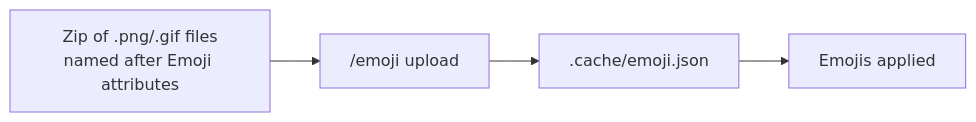
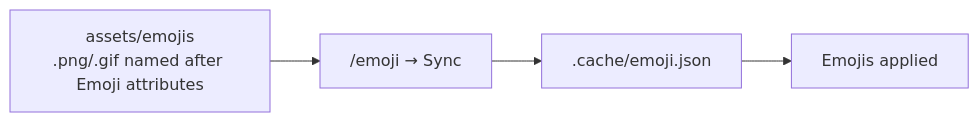
One commit to swayam25/Square-Bot changed the second of 2 diagrams in README.md. Above: the diagram before and after it, drawn with Mermaid. The commit also changed other lines of this file and 141 other files, not shown here.

First line of the commit message:
Move emojis to assets/emojis with a /emoji panel

````diff
--- a/README.md
+++ b/README.md
@@ -128,6 +134,6 @@
 ```mermaid
 flowchart LR
-    A["Zip of .png/.gif files<br/>named after Emoji attributes"] --> B["/emoji upload"]
+    A["assets/emojis<br/>.png/.gif named after Emoji attributes"] --> B["/emoji → Sync"]
     B --> C[".cache/emoji.json"]
     C --> D["Emojis applied"]
 ```
````
